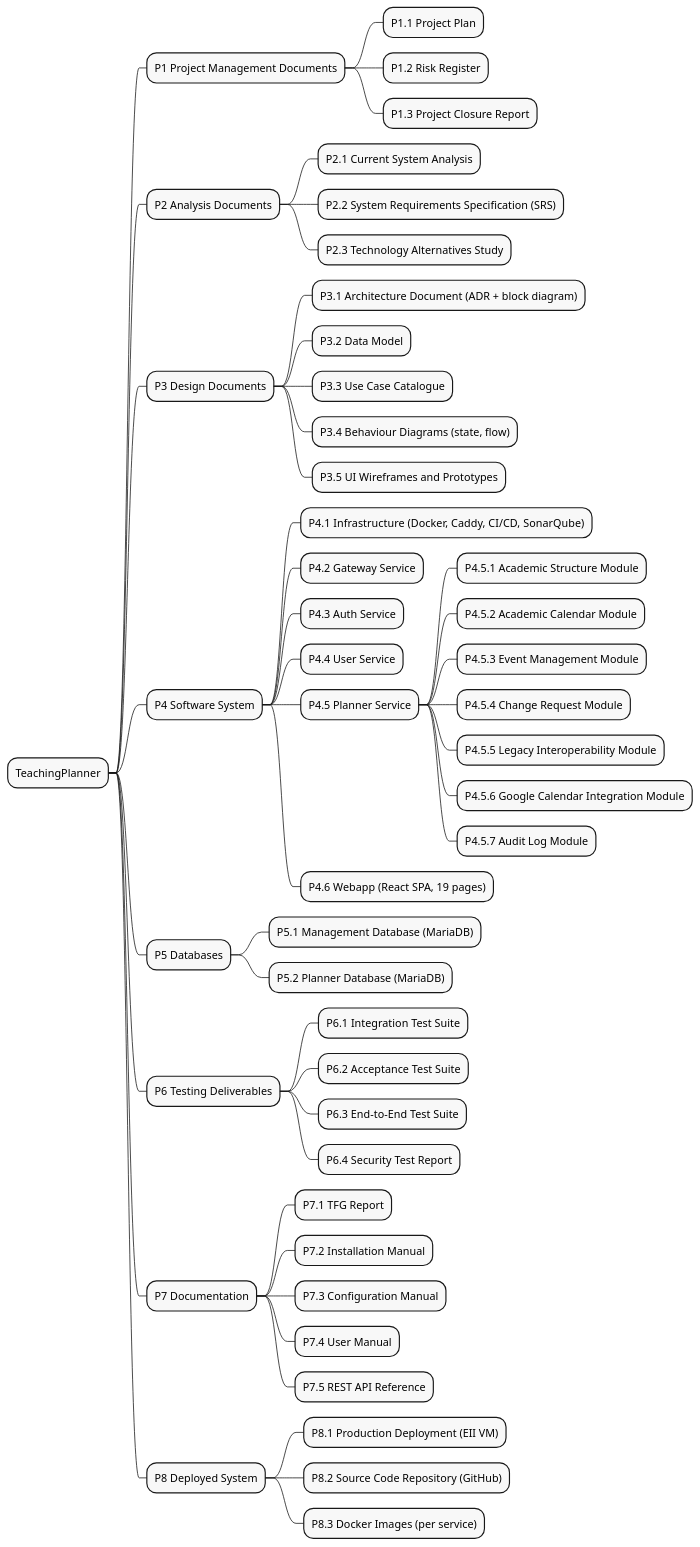
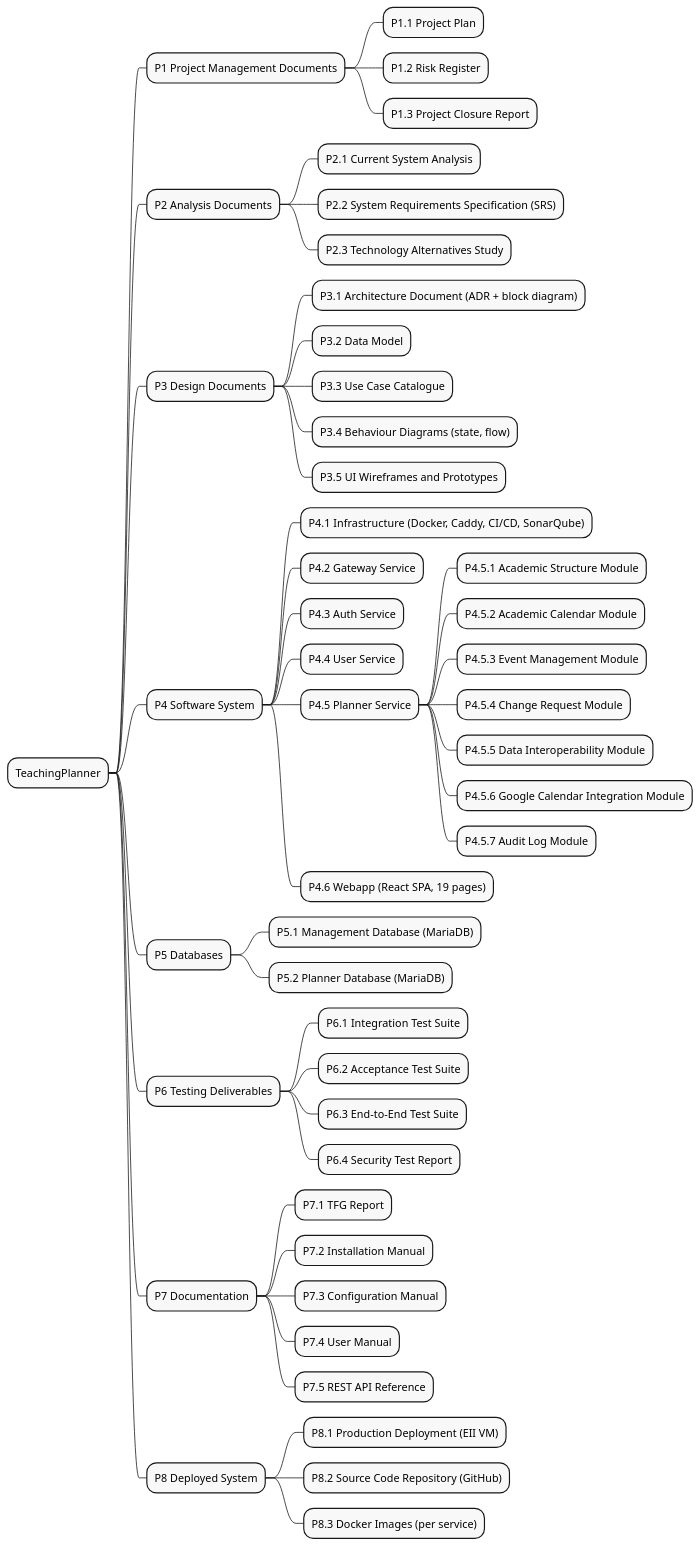
The third of 12 diagrams in docs/capitulo2_planning_and_management.md (Murias10/TeachingPlanner), drawn with PlantUML before and after one commit. The commit also changed 3 other files, not shown here.

````diff
--- a/docs/capitulo2_planning_and_management.md
+++ b/docs/capitulo2_planning_and_management.md
@@ -214,65 +214,65 @@
 ```plantuml
 @startmindmap
 left to right direction
 <style>
 mindmapDiagram {
   .root {
     BackgroundColor #E8E8E8
     BorderColor #555555
   }
   node {
     BackgroundColor #F8F8F8
     BorderColor #555555
     FontName Arial
   }
 }
 </style>
 + TeachingPlanner
 ++ P1 Project Management Documents
 +++ P1.1 Project Plan
 +++ P1.2 Risk Register
 +++ P1.3 Project Closure Report
 ++ P2 Analysis Documents
 +++ P2.1 Current System Analysis
 +++ P2.2 System Requirements Specification (SRS)
 +++ P2.3 Technology Alternatives Study
 ++ P3 Design Documents
 +++ P3.1 Architecture Document (ADR + block diagram)
 +++ P3.2 Data Model
 +++ P3.3 Use Case Catalogue
 +++ P3.4 Behaviour Diagrams (state, flow)
 +++ P3.5 UI Wireframes and Prototypes
 ++ P4 Software System
 +++ P4.1 Infrastructure (Docker, Caddy, CI/CD, SonarQube)
 +++ P4.2 Gateway Service
 +++ P4.3 Auth Service
 +++ P4.4 User Service
 +++ P4.5 Planner Service
 ++++ P4.5.1 Academic Structure Module
 ++++ P4.5.2 Academic Calendar Module
 ++++ P4.5.3 Event Management Module
 ++++ P4.5.4 Change Request Module
-++++ P4.5.5 Legacy Interoperability Module
+++++ P4.5.5 Data Interoperability Module
 ++++ P4.5.6 Google Calendar Integration Module
 ++++ P4.5.7 Audit Log Module
 +++ P4.6 Webapp (React SPA, 19 pages)
 ++ P5 Databases
 +++ P5.1 Management Database (MariaDB)
 +++ P5.2 Planner Database (MariaDB)
 ++ P6 Testing Deliverables
 +++ P6.1 Integration Test Suite
 +++ P6.2 Acceptance Test Suite
 +++ P6.3 End-to-End Test Suite
 +++ P6.4 Security Test Report
 ++ P7 Documentation
 +++ P7.1 TFG Report
 +++ P7.2 Installation Manual
 +++ P7.3 Configuration Manual
 +++ P7.4 User Manual
 +++ P7.5 REST API Reference
 ++ P8 Deployed System
 +++ P8.1 Production Deployment (EII VM)
 +++ P8.2 Source Code Repository (GitHub)
 +++ P8.3 Docker Images (per service)
 @endmindmap
 ```
````
